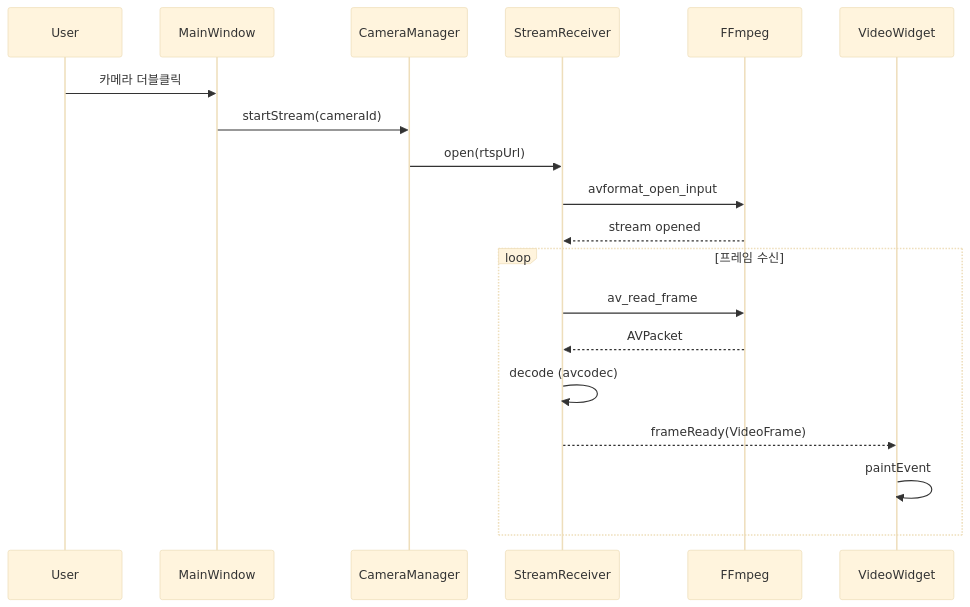
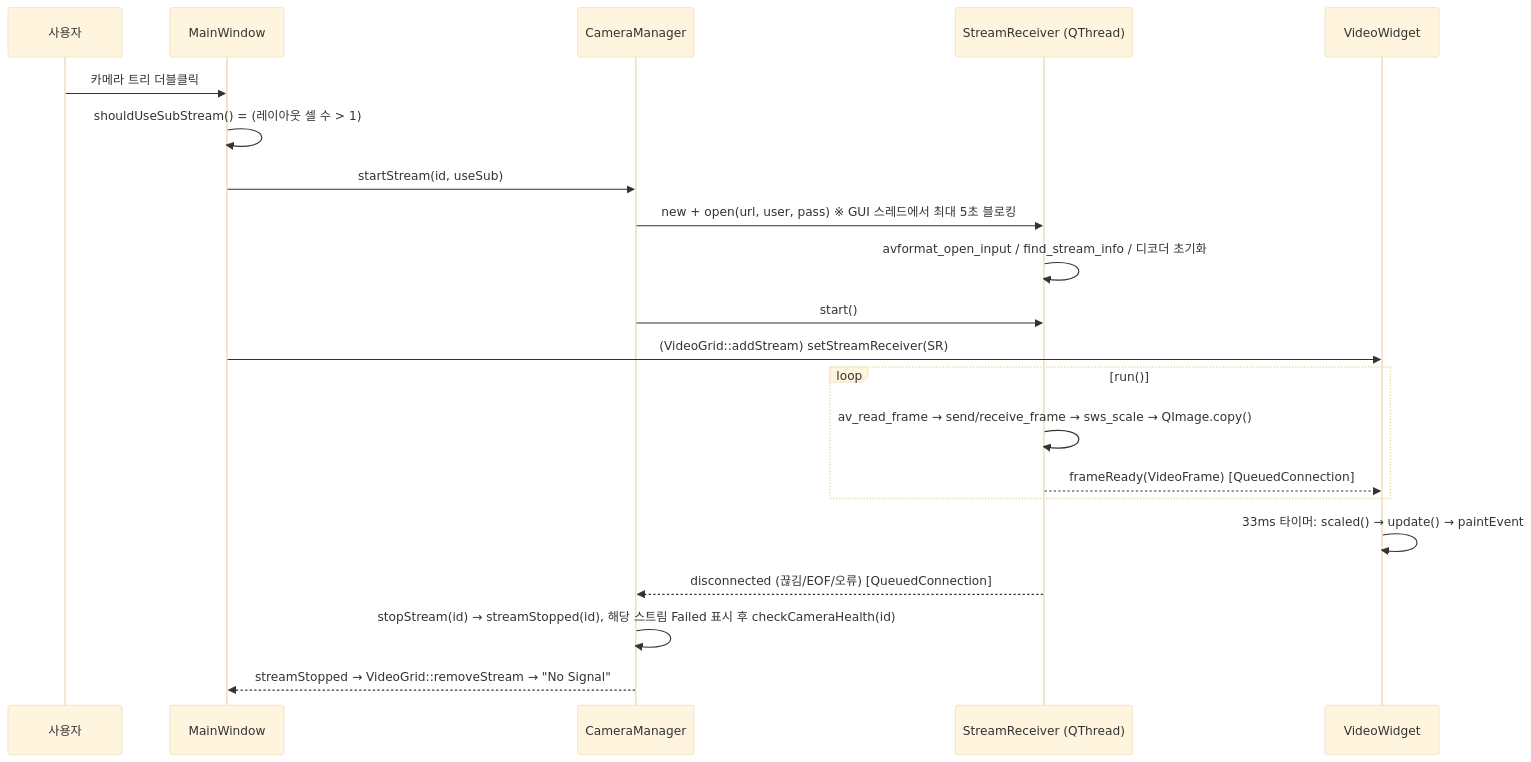
The first of 2 diagrams in doc/architecture.md (hanskimvz/VMS), drawn with Mermaid (base theme) before and after one commit. The commit also changed other lines of this file and 45 other files, not shown here.

````diff
--- a/doc/architecture.md
+++ b/doc/architecture.md
@@ -63,23 +82,24 @@
 ```mermaid
 sequenceDiagram
-    participant User
-    participant MainWindow
-    participant CameraManager
-    participant StreamReceiver
-    participant FFmpeg
-    participant VideoWidget
+    participant U as 사용자
+    participant MW as MainWindow
+    participant CM as CameraManager
+    participant SR as StreamReceiver (QThread)
+    participant VW as VideoWidget
 
-    User->>MainWindow: 카메라 더블클릭
-    MainWindow->>CameraManager: startStream(cameraId)
-    CameraManager->>StreamReceiver: open(rtspUrl)
-    StreamReceiver->>FFmpeg: avformat_open_input
-    FFmpeg-->>StreamReceiver: stream opened
-    
-    loop 프레임 수신
-        StreamReceiver->>FFmpeg: av_read_frame
-        FFmpeg-->>StreamReceiver: AVPacket
-        StreamReceiver->>StreamReceiver: decode (avcodec)
-        StreamReceiver-->>VideoWidget: frameReady(VideoFrame)
-        VideoWidget->>VideoWidget: paintEvent
+    U->>MW: 카메라 트리 더블클릭
+    MW->>MW: shouldUseSubStream() = (레이아웃 셀 수 > 1)
+    MW->>CM: startStream(id, useSub)
+    CM->>SR: new + open(url, user, pass)   ※ GUI 스레드에서 최대 5초 블로킹
+    SR->>SR: avformat_open_input / find_stream_info / 디코더 초기화
+    CM->>SR: start()
+    MW->>VW: (VideoGrid::addStream) setStreamReceiver(SR)
+    loop run()
+        SR->>SR: av_read_frame → send/receive_frame → sws_scale → QImage.copy()
+        SR-->>VW: frameReady(VideoFrame)  [QueuedConnection]
     end
+    VW->>VW: 33ms 타이머: scaled() → update() → paintEvent
+    SR-->>CM: disconnected (끊김/EOF/오류)  [QueuedConnection]
+    CM->>CM: stopStream(id) → streamStopped(id), 해당 스트림 Failed 표시 후 checkCameraHealth(id)
+    CM-->>MW: streamStopped → VideoGrid::removeStream → "No Signal"
 ```
````
